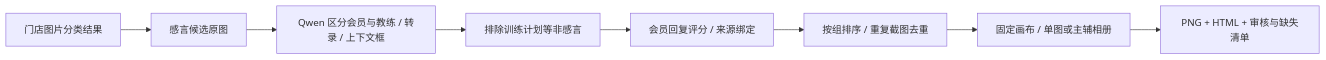
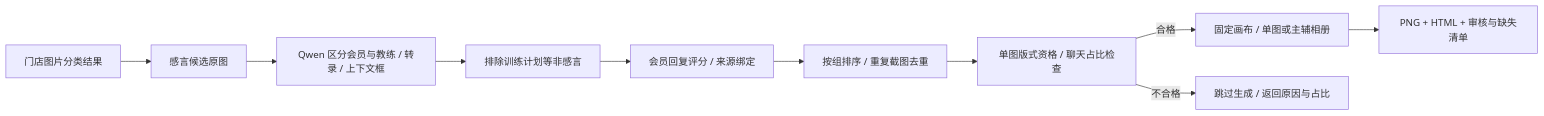
One commit to zmdo/smart-pos changed the diagram in docs/workflows/testimonial-album.md. Above: the diagram before and after it, drawn with Mermaid. The commit also changed other lines of this file and 6 other files, not shown here.

````diff
--- a/docs/workflows/testimonial-album.md
+++ b/docs/workflows/testimonial-album.md
@@ -5,10 +5,12 @@
 ```mermaid
 flowchart LR
     A[门店图片分类结果] --> B[感言候选原图]
     B --> C[Qwen 区分会员与教练 / 转录 / 上下文框]
     C --> D[排除训练计划等非感言]
     D --> E[会员回复评分 / 来源绑定]
     E --> F[按组排序 / 重复截图去重]
-    F --> G[固定画布 / 单图或主辅相册]
+    F --> Q[单图版式资格 / 聊天占比检查]
+    Q -->|合格| G[固定画布 / 单图或主辅相册]
+    Q -->|不合格| R[跳过生成 / 返回原因与占比]
     G --> H[PNG + HTML + 审核与缺失清单]
 ```
````
